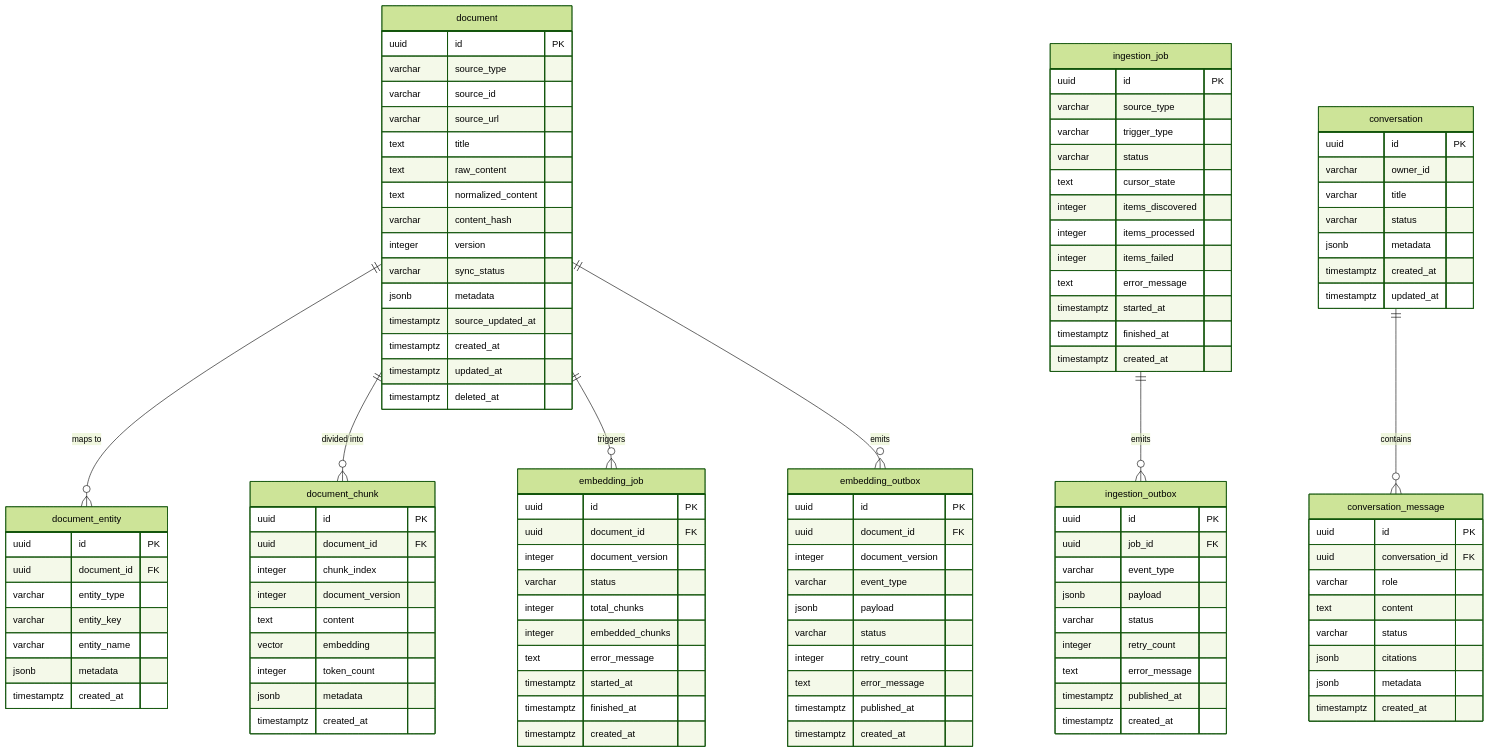
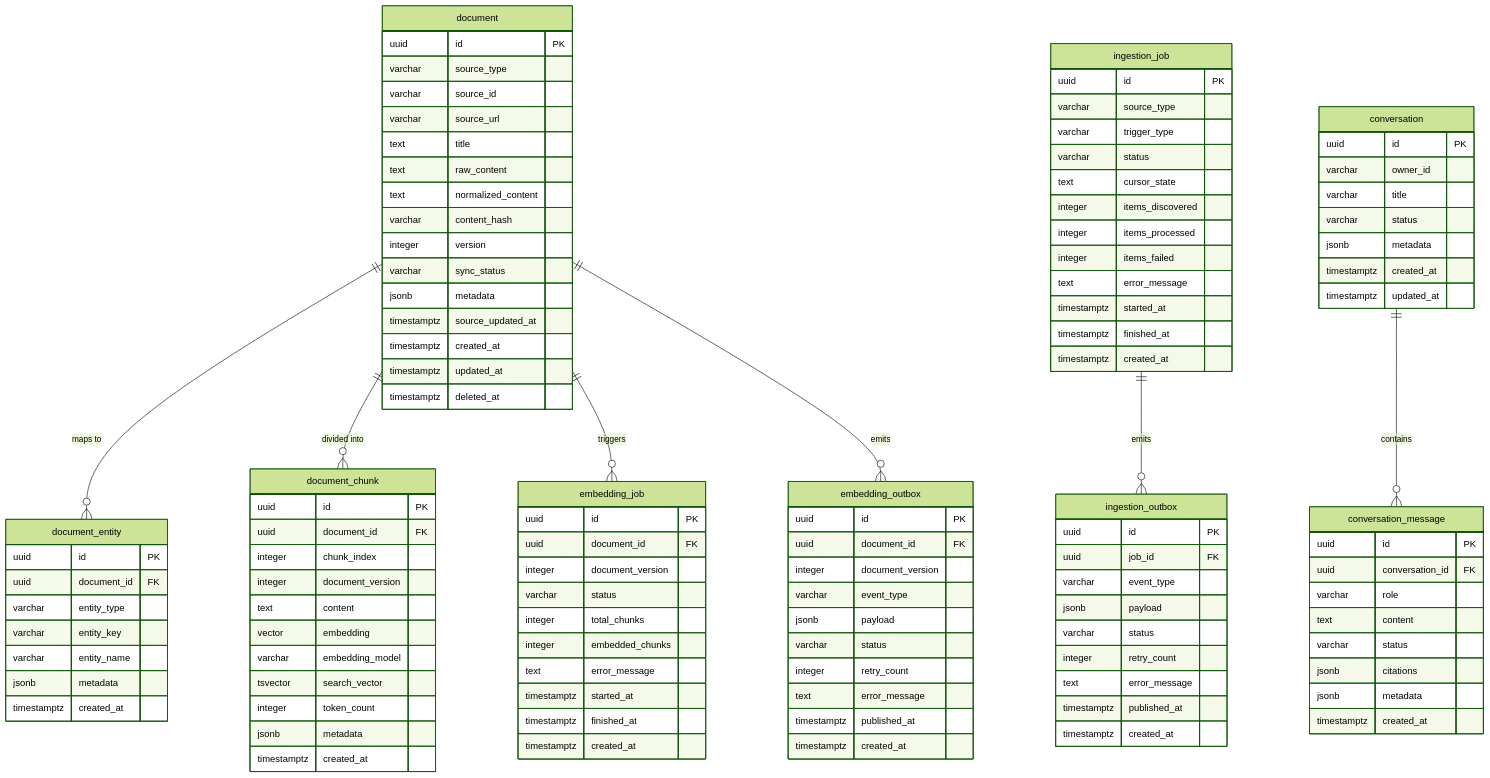
One commit to nepalrohan/frogtoberfest-knowledge-engine changed the diagram in docs/data-model.md. Above: the diagram before and after it, drawn with Mermaid (forest theme). The commit also changed other lines of this file and 27 other files, not shown here.

Commit message:
schema and migration changes plus the OpenSpec plan

```diff
--- a/docs/data-model.md
+++ b/docs/data-model.md
@@ -51,6 +51,8 @@
         integer document_version
         text content
         vector embedding
+        varchar embedding_model
+        tsvector search_vector
         integer token_count
         jsonb metadata
         timestamptz created_at
```
